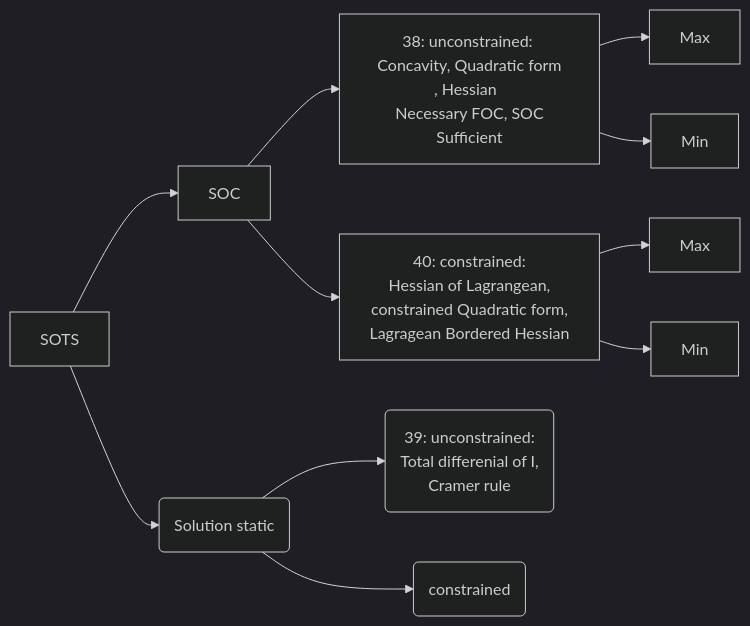
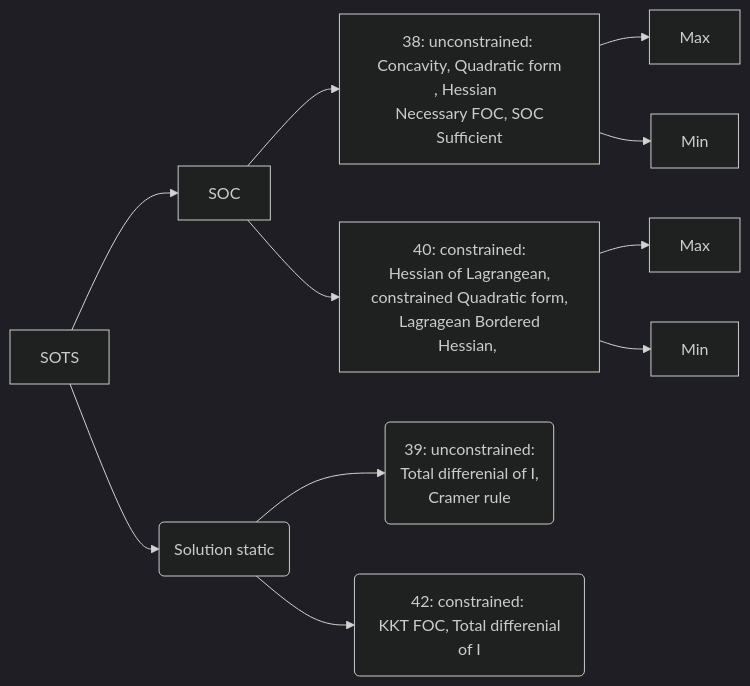
The first of 2 diagrams in _posts/2016-11-16-econ350-test8.md (snowdj/great-waterfall), drawn with Mermaid (dark theme) before and after one commit.

```diff
--- a/_posts/2016-11-16-econ350-test8.md
+++ b/_posts/2016-11-16-econ350-test8.md
@@ -15,13 +15,13 @@
 <div class="mermaid">
  graph LR
      SOTS-->SOC
      SOTS-->id1(Solution static)
      SOC-->id3[38: unconstrained: <br> Concavity, Quadratic form , Hessian  <br> Necessary FOC, SOC Sufficient]
-     SOC-->id4[40: constrained:<br> Hessian of Lagrangean, <br>constrained Quadratic form,<br> Lagragean Bordered Hessian <br>    ]
+     SOC-->id4[40: constrained:<br> Hessian of Lagrangean, <br>constrained Quadratic form,<br> Lagragean Bordered Hessian, <br>    ]
      id3-->id5[Max]
      id3-->id6[Min]
      id4-->Max
      id4-->Min
      id1-->id7(39: unconstrained:<br> Total differenial of I,<br> Cramer rule  )
-     id1-->id8(constrained )
+     id1-->id8(42: constrained: <br> KKT FOC, Total differenial of I  )
  </div>
```
